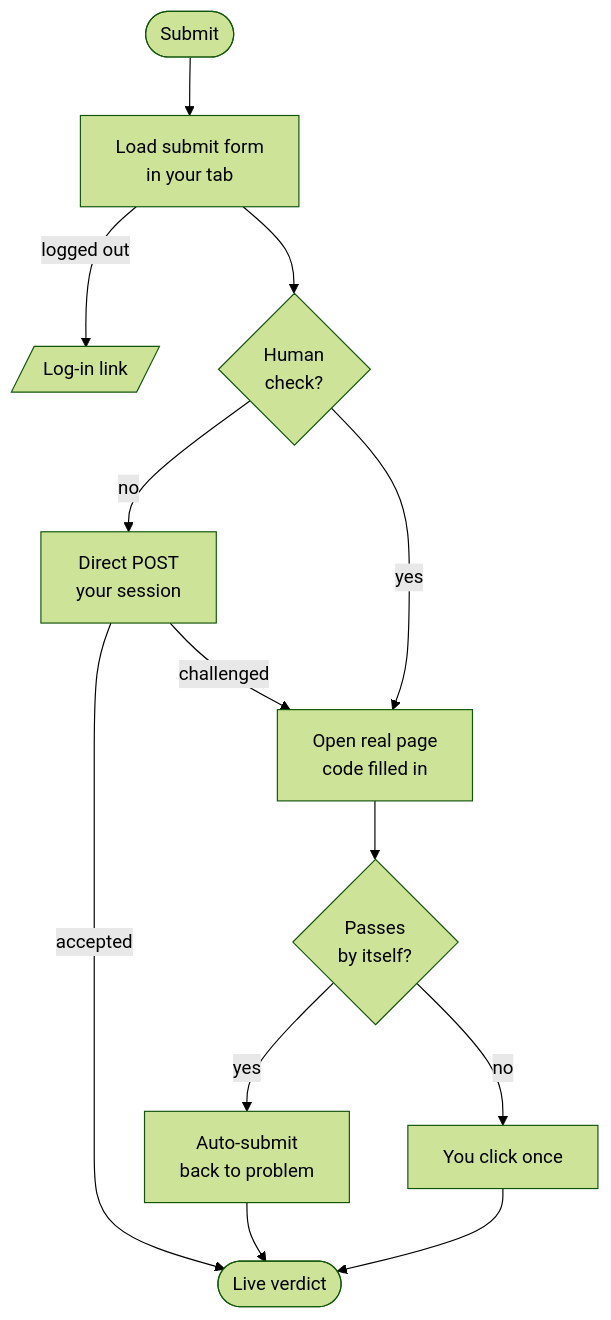
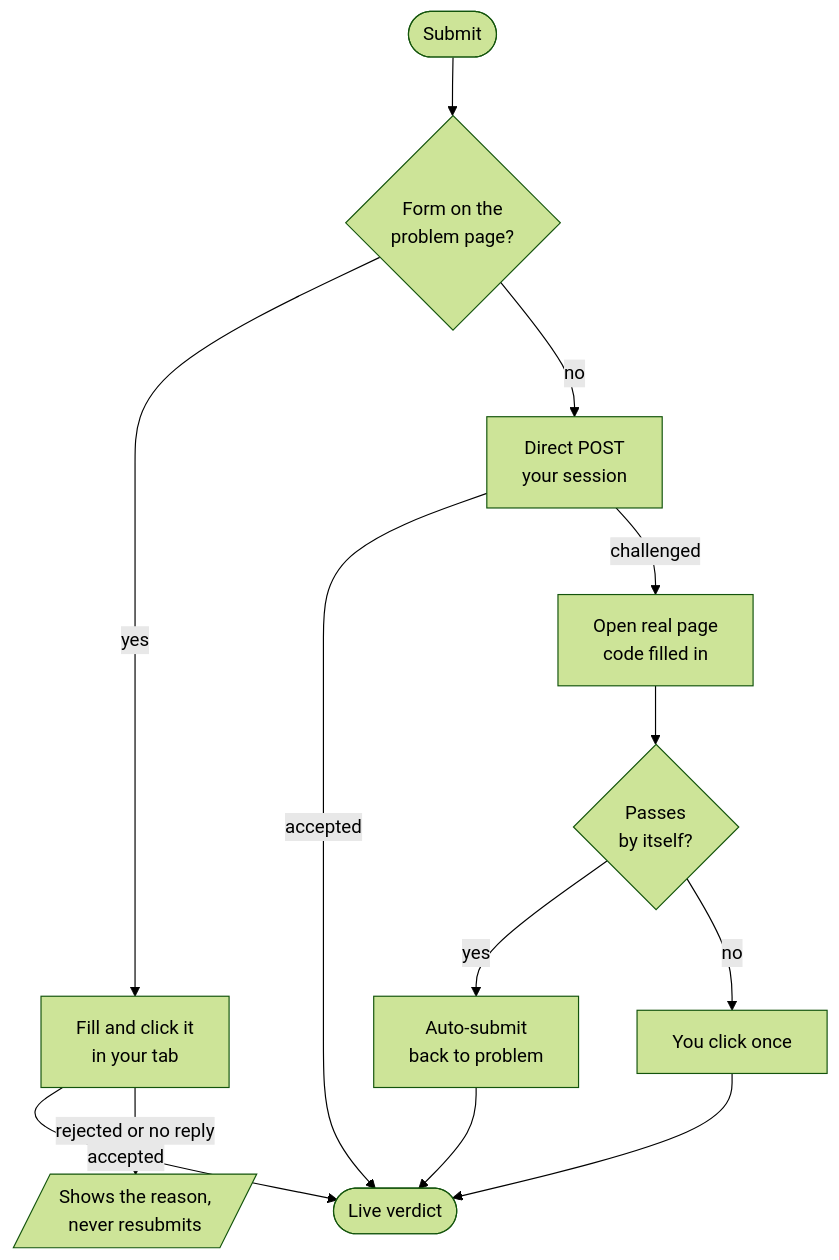
One commit to ionik0/cp-Submit changed the diagram in README.md. Above: the diagram before and after it, drawn with Mermaid (forest theme). The commit also changed other lines of this file and 14 other files, not shown here.

````diff
--- a/README.md
+++ b/README.md
@@ -151,15 +151,15 @@
 ```mermaid
 flowchart TD
-    A([Submit]) --> B[Load submit form<br/>in your tab]
-    B -->|logged out| L[/Log-in link/]
-    B --> C{Human<br/>check?}
-    C -->|no| D[Direct POST<br/>your session]
-    D -->|accepted| V([Live verdict])
-    D -->|challenged| E
-    C -->|yes| E[Open real page<br/>code filled in]
+    A([Submit]) --> B{Form on the<br/>problem page?}
+    B -->|yes| C[Fill and click it<br/>in your tab]
+    C -->|accepted| V([Live verdict])
+    C -->|rejected or no reply| R[/Shows the reason,<br/>never resubmits/]
+    B -->|no| D[Direct POST<br/>your session]
+    D -->|accepted| V
+    D -->|challenged| E[Open real page<br/>code filled in]
     E --> F{Passes<br/>by itself?}
     F -->|yes| G[Auto-submit<br/>back to problem]
     G --> V
     F -->|no| H[You click once]
     H --> V
 ```
````
